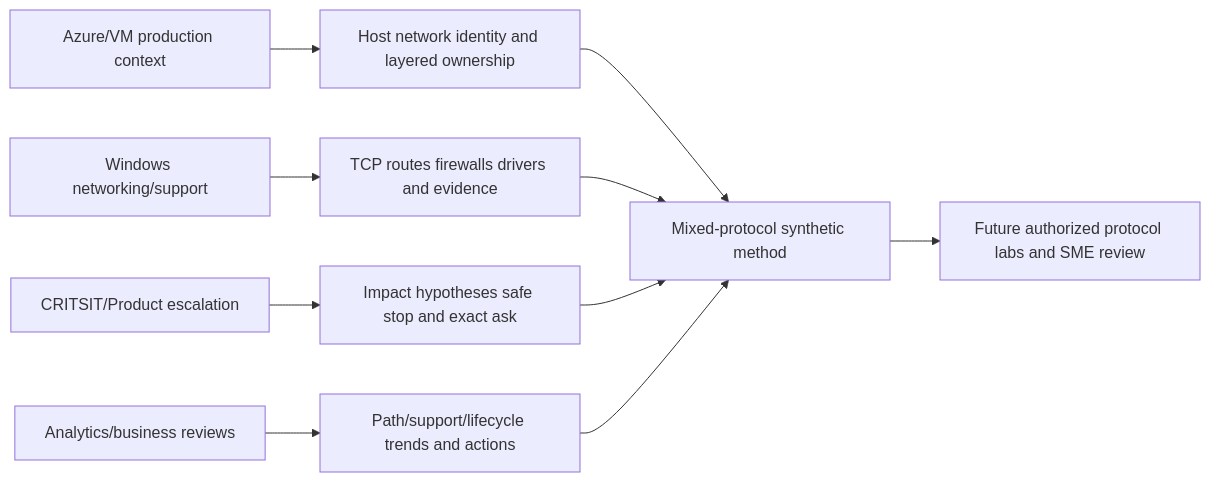
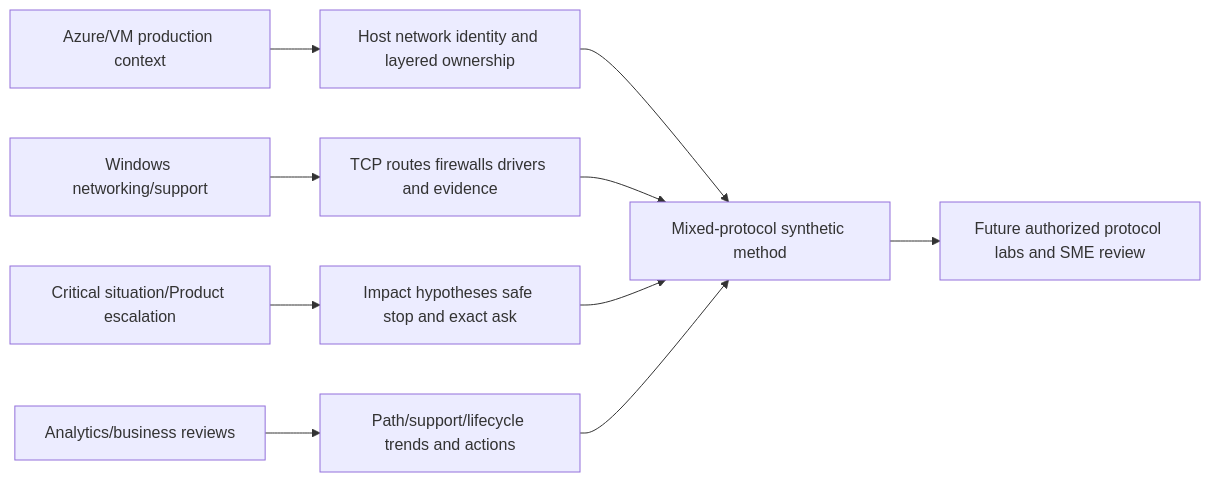
Diagram 31 of 32 in NetApp TAM/prep/Part-31-ontap-iscsi-fc-nvme-configuration.md (hichauhan-in/Interview-Prep), drawn with Mermaid before and after one commit. The commit also changed other lines of this file and 493 other files, not shown here.

````diff
--- a/NetApp TAM/prep/Part-31-ontap-iscsi-fc-nvme-configuration.md
+++ b/NetApp TAM/prep/Part-31-ontap-iscsi-fc-nvme-configuration.md
@@ -825,12 +825,12 @@
 ```mermaid
 flowchart LR
     AZ[Azure/VM production context] --> STACK[Host network identity and layered ownership]
     WIN[Windows networking/support] --> IP[TCP routes firewalls drivers and evidence]
-    CRIT[CRITSIT/Product escalation] --> SAFE[Impact hypotheses safe stop and exact ask]
+    CRIT[Critical situation/Product escalation] --> SAFE[Impact hypotheses safe stop and exact ask]
     BI[Analytics/business reviews] --> REVIEW[Path/support/lifecycle trends and actions]
     STACK --> SAN[Mixed-protocol synthetic method]
     IP --> SAN
     SAFE --> SAN
     REVIEW --> SAN
     SAN --> LAB[Future authorized protocol labs and SME review]
 ```
````
